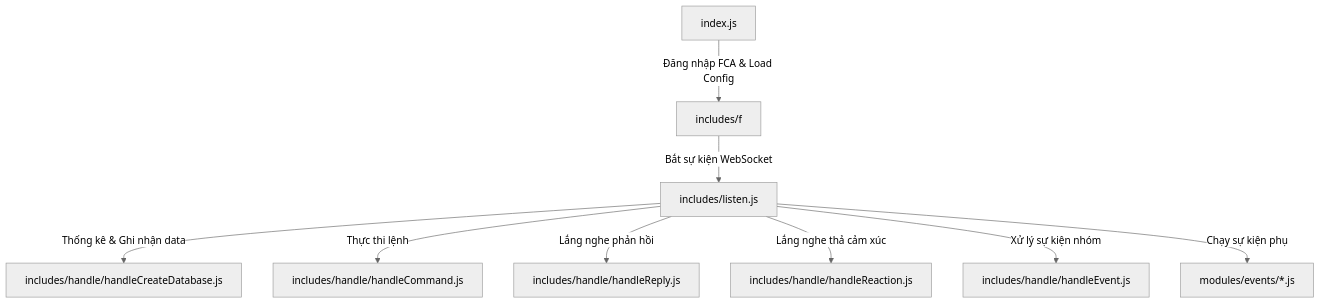
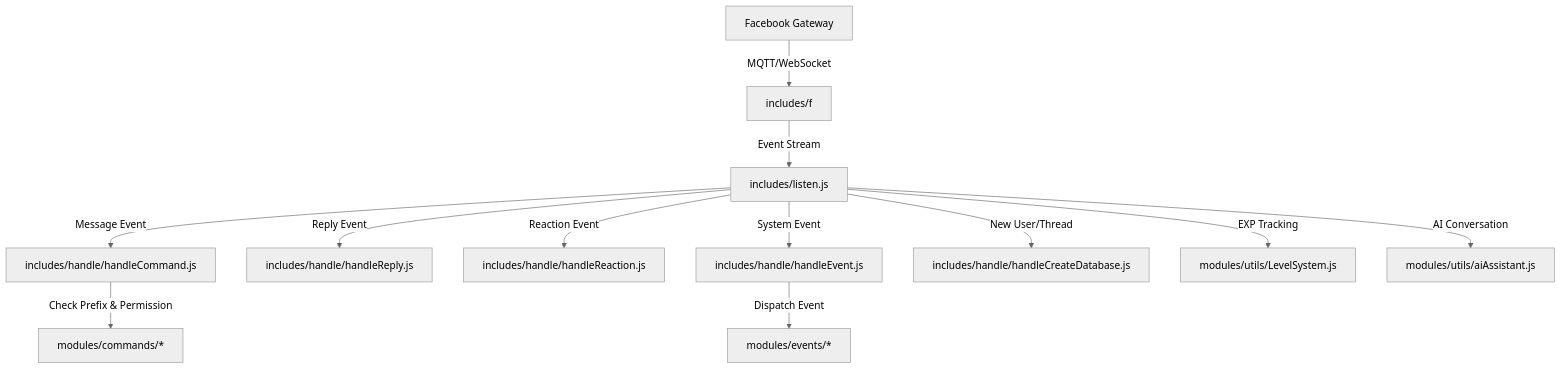
The first of 2 diagrams in DOCUMENTATION.md (leevawn131/bot-mess), drawn with Mermaid (neutral theme) before and after one commit. The commit also changed other lines of this file and 6 other files, not shown here.

````diff
--- a/DOCUMENTATION.md
+++ b/DOCUMENTATION.md
@@ -41,11 +25,17 @@
 ```mermaid
 flowchart TD
-    A[index.js] -->|Đăng nhập FCA & Load Config| B[includes/f]
-    B -->|Bắt sự kiện WebSocket| C[includes/listen.js]
-    C -->|Thống kê & Ghi nhận data| D[includes/handle/handleCreateDatabase.js]
-    C -->|Thực thi lệnh| E[includes/handle/handleCommand.js]
-    C -->|Lắng nghe phản hồi| F[includes/handle/handleReply.js]
-    C -->|Lắng nghe thả cảm xúc| G[includes/handle/handleReaction.js]
-    C -->|Xử lý sự kiện nhóm| H[includes/handle/handleEvent.js]
-    C -->|Chạy sự kiện phụ| I[modules/events/*.js]
+    A[Facebook Gateway] -->|MQTT/WebSocket| B[includes/f]
+    B -->|Event Stream| C[includes/listen.js]
+    
+    C -->|Message Event| D[includes/handle/handleCommand.js]
+    C -->|Reply Event| E[includes/handle/handleReply.js]
+    C -->|Reaction Event| F[includes/handle/handleReaction.js]
+    C -->|System Event| G[includes/handle/handleEvent.js]
+    C -->|New User/Thread| H[includes/handle/handleCreateDatabase.js]
+    
+    D -->|Check Prefix & Permission| I[modules/commands/*]
+    G -->|Dispatch Event| J[modules/events/*]
+    
+    C -->|EXP Tracking| K[modules/utils/LevelSystem.js]
+    C -->|AI Conversation| L[modules/utils/aiAssistant.js]
 ```
````
